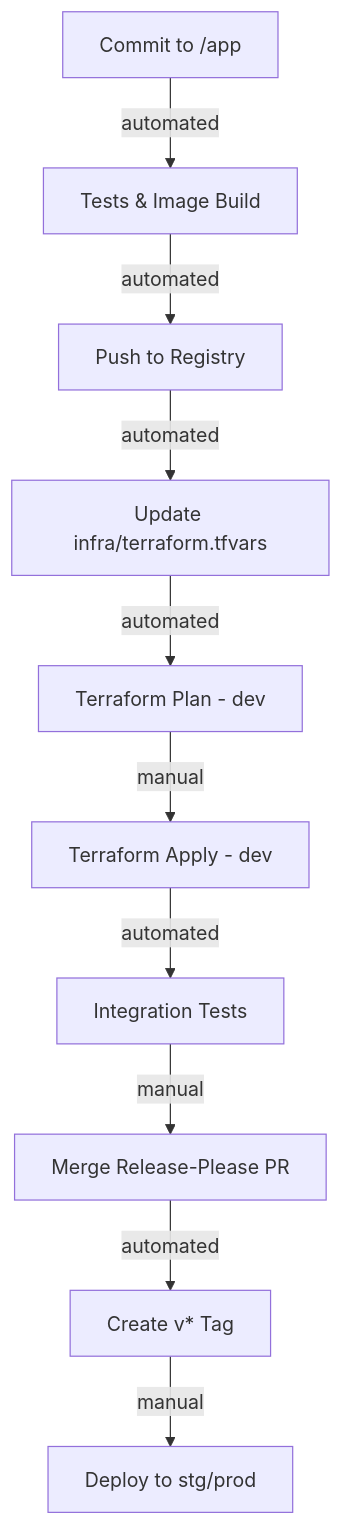
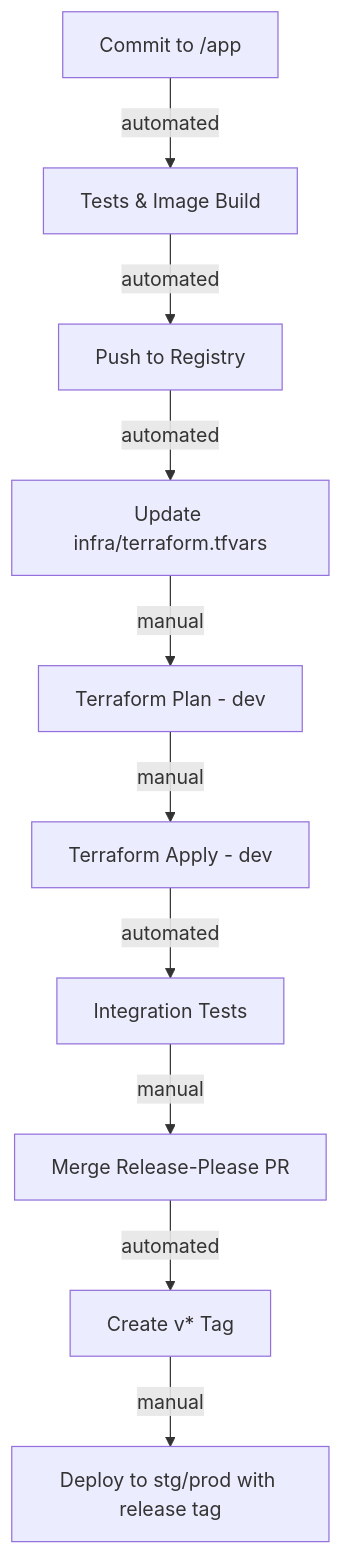
One commit to tajturbo/chuck-infra changed the diagram in CONTRIBUTING.md. Above: the diagram before and after it, drawn with Mermaid.

Commit message:
docs: refine release process and deduplicate documentation

````diff
--- a/CONTRIBUTING.md
+++ b/CONTRIBUTING.md
@@ -62,12 +62,12 @@
 ```mermaid
 graph TD
     A[Commit to /app] -->|automated| B[Tests & Image Build]
     B -->|automated| C[Push to Registry]
     C -->|automated| D[Update infra/terraform.tfvars]
-    D -->|automated| E[Terraform Plan - dev]
+    D -->|manual| E[Terraform Plan - dev]
     E -->|manual| F[Terraform Apply - dev]
     F -->|automated| G[Integration Tests]
     G -->|manual| H[Merge Release-Please PR]
     H -->|automated| I[Create v* Tag]
-    I -->|manual| J[Deploy to stg/prod]
+    I -->|manual| J[Deploy to stg/prod with release tag]
 ```
````
